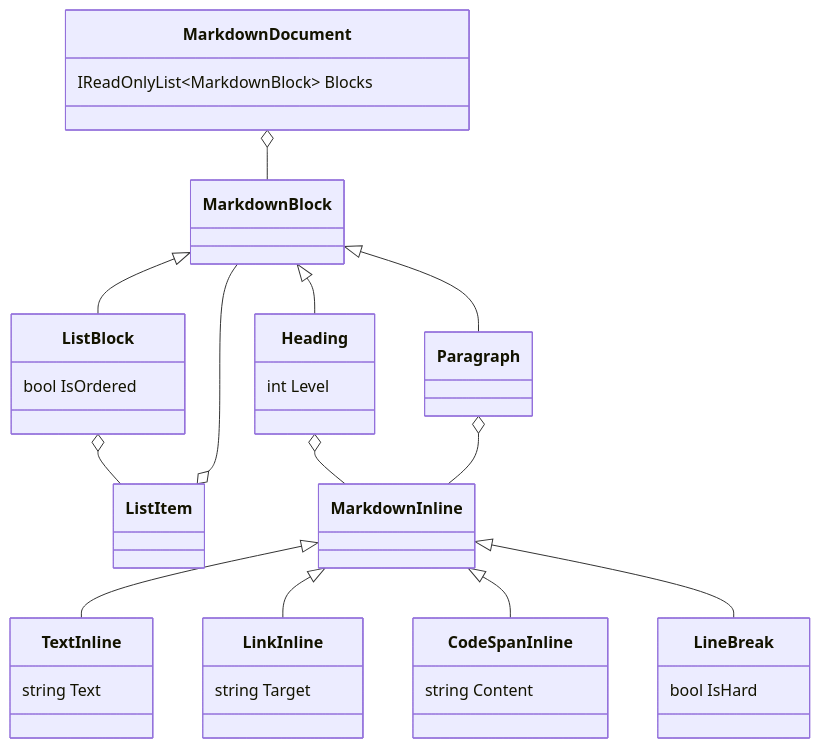
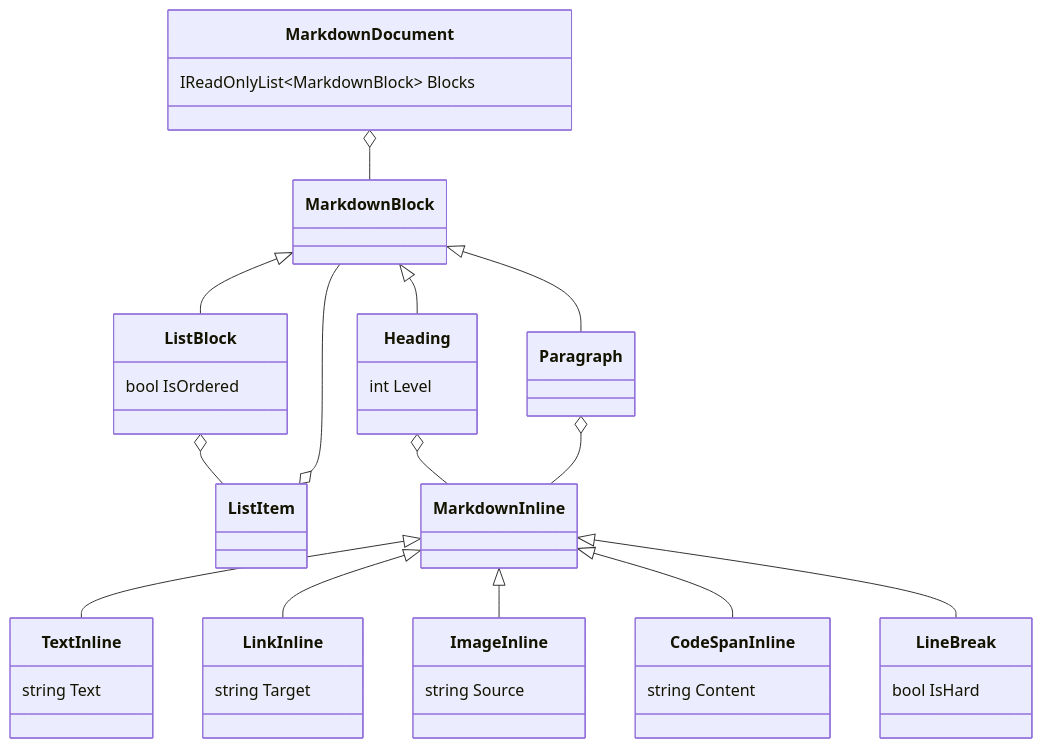
The second of 2 diagrams in docs/Implementation Notes/Markdown Front-End.md (pengzhengyi/godot-dialoguedown), drawn with Mermaid before and after one commit. The commit also changed other lines of this file and 4 other files, not shown here.

First line of the commit message:
feat(markdown): model images as ImageInline nodes

````diff
--- a/docs/Implementation Notes/Markdown Front-End.md
+++ b/docs/Implementation Notes/Markdown Front-End.md
@@ -117,29 +119,31 @@
 ```mermaid
 classDiagram
     class MarkdownDocument {
         IReadOnlyList~MarkdownBlock~ Blocks
     }
     class MarkdownBlock
     class Heading { int Level }
     class Paragraph
     class ListBlock { bool IsOrdered }
     class ListItem
     class MarkdownInline
     class TextInline { string Text }
     class LinkInline { string Target }
+    class ImageInline { string Source }
     class CodeSpanInline { string Content }
     class LineBreak { bool IsHard }
 
     MarkdownDocument o-- MarkdownBlock
     MarkdownBlock <|-- Heading
     MarkdownBlock <|-- Paragraph
     MarkdownBlock <|-- ListBlock
     ListBlock o-- ListItem
     ListItem o-- MarkdownBlock
     Heading o-- MarkdownInline
     Paragraph o-- MarkdownInline
     MarkdownInline <|-- TextInline
     MarkdownInline <|-- LinkInline
+    MarkdownInline <|-- ImageInline
     MarkdownInline <|-- CodeSpanInline
     MarkdownInline <|-- LineBreak
 ```
````
